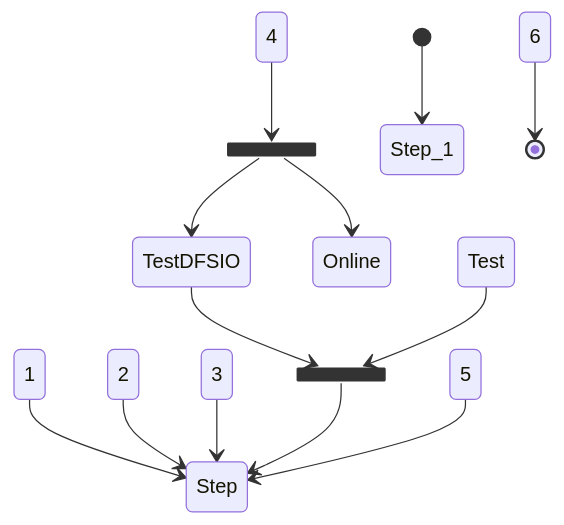
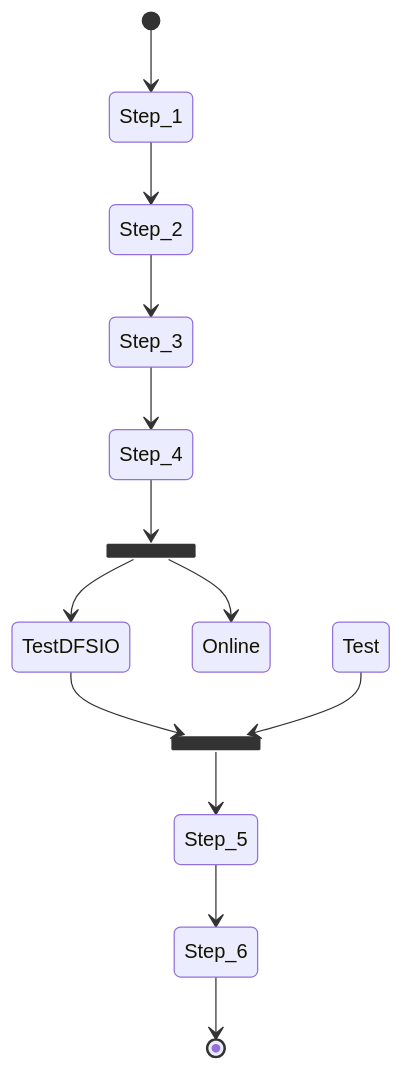
The diagram in doc/Script.md (MaistoV/BSpenaHPQC), drawn with Mermaid before and after one commit.

````diff
--- a/doc/Script.md
+++ b/doc/Script.md
@@ -13,18 +13,18 @@
 ```mermaid
 stateDiagram-v2
     state fork_state <<fork>>
         [*] --> Step_1
-        Step 1 --> Step 2
-        Step 2 --> Step 3
-        Step 3 --> Step 4
-        Step 4 --> fork_state
+        Step_1 --> Step_2
+        Step_2 --> Step_3
+        Step_3 --> Step_4
+        Step_4 --> fork_state
         fork_state --> TestDFSIO
         fork_state --> Online Test
 
         state join_state <<join>>
         TestDFSIO --> join_state
         Online Test --> join_state
-        join_state --> Step 5
-        Step 5 --> Step 6
-        Step 6 --> [*]
+        join_state --> Step_5
+        Step_5 --> Step_6
+        Step_6 --> [*]
 ```
````
